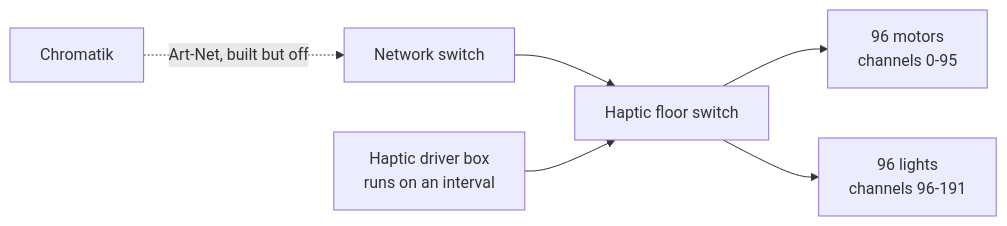
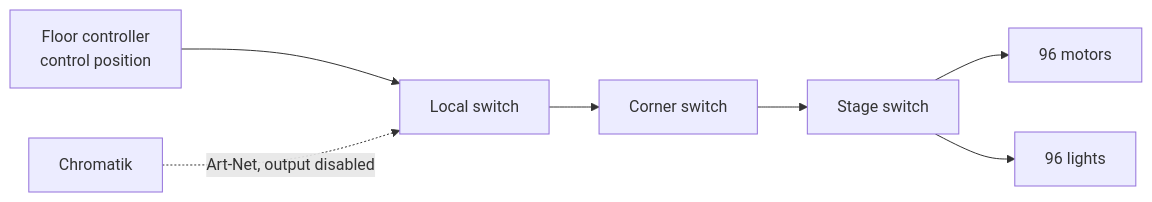
The diagram in docs/infrastructure/haptics.md (Apotheneum/Apotheneum), drawn with Mermaid before and after one commit. The commit also changed other lines of this file and 8 other files, not shown here.

````diff
--- a/docs/infrastructure/haptics.md
+++ b/docs/infrastructure/haptics.md
@@ -18,8 +11,9 @@
 ```mermaid
 flowchart LR
-    SW["Network switch"] --> HSW["Haptic floor switch"]
-    BOX["Haptic driver box<br>runs on an interval"] --> HSW
-    HSW --> MOT["96 motors<br>channels 0-95"]
-    HSW --> LGT["96 lights<br>channels 96-191"]
-    CHR["Chromatik"] -.->|"Art-Net, built but off"| SW
+    BOX["Floor controller<br>control position"] --> LSW["Local switch"]
+    LSW --> CSW["Corner switch"]
+    CSW --> SSW["Stage switch"]
+    SSW --> MOT["96 motors"]
+    SSW --> LGT["96 lights"]
+    CHR["Chromatik"] -.->|"Art-Net, output disabled"| LSW
 ```
````
